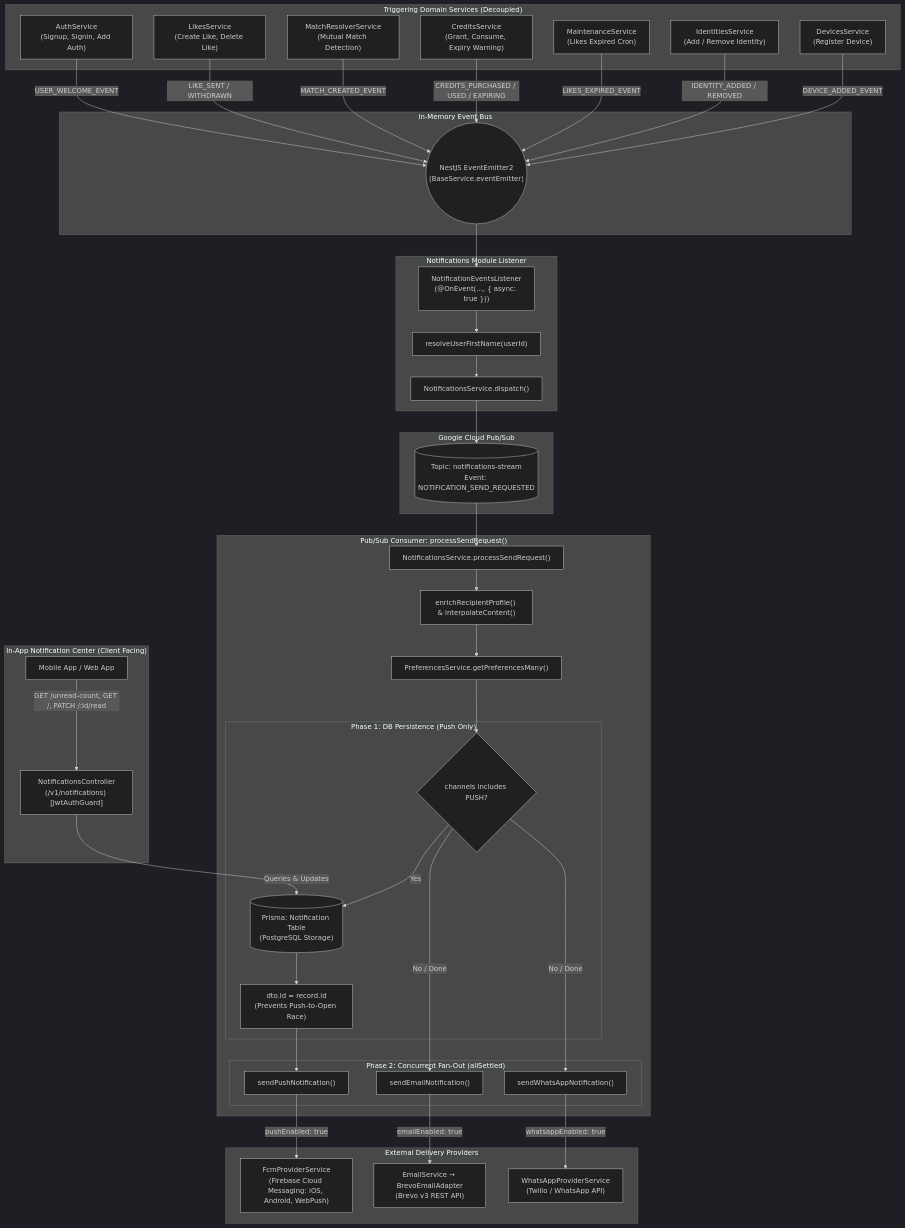
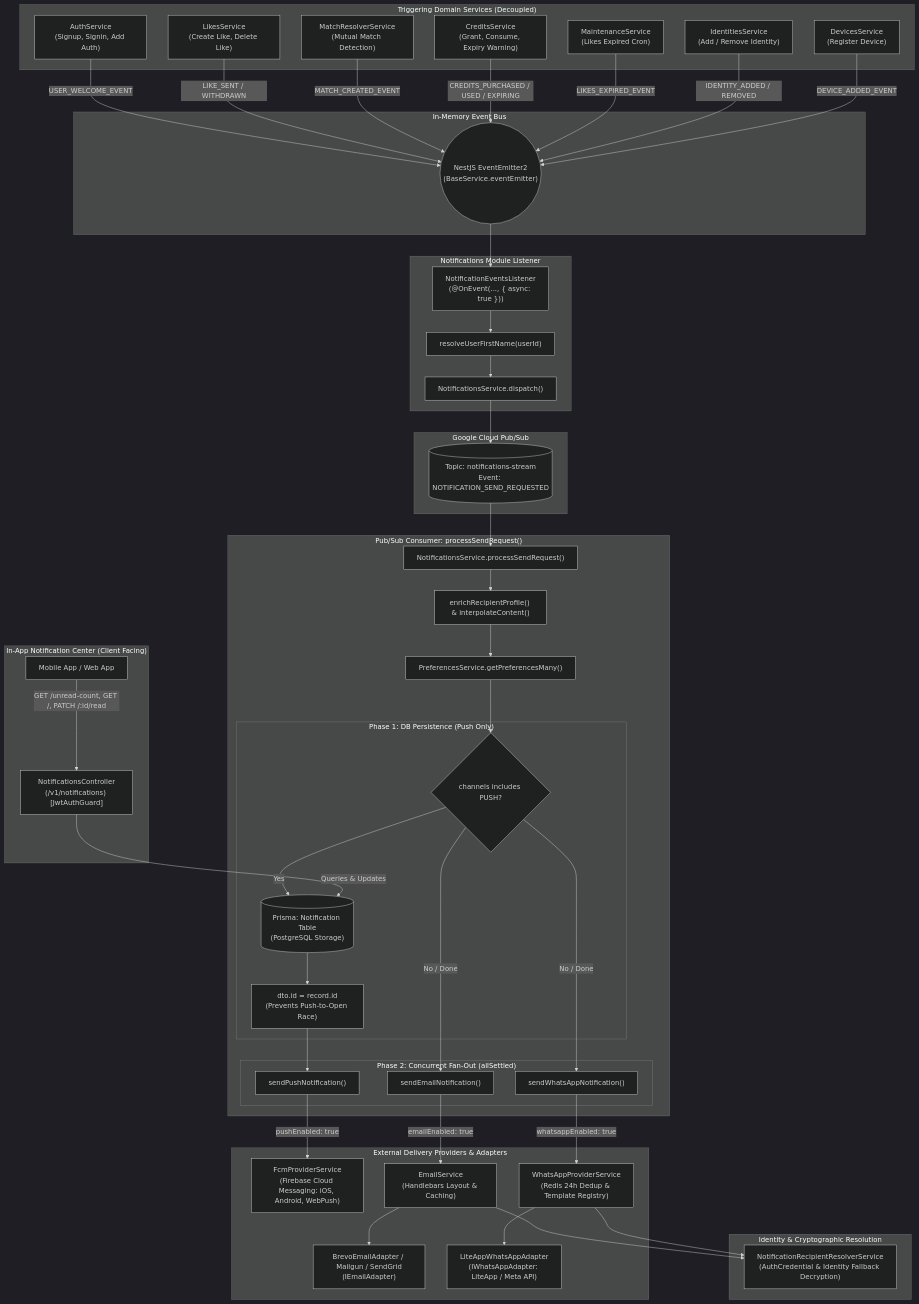
The diagram in docs-site/docs/modules/notifications.md (SaveSoulApp/Breathaway-Backend), drawn with Mermaid (dark theme) before and after one commit. The commit also changed other lines of this file and 28 other files, not shown here.

First line of the commit message:
[Feature] WhatsApp integration (#101)

```diff
--- a/docs-site/docs/modules/notifications.md
+++ b/docs-site/docs/modules/notifications.md
@@ -72,10 +73,16 @@
         end
     end
 
-    subgraph Providers["External Delivery Providers"]
+    subgraph Identity_Layer["Identity & Cryptographic Resolution"]
+        RESOLVER["NotificationRecipientResolverService<br/>(AuthCredential & Identity Fallback Decryption)"]
+    end
+
+    subgraph Providers["External Delivery Providers & Adapters"]
         FCM["FcmProviderService<br/>(Firebase Cloud Messaging: iOS, Android, WebPush)"]
-        BREVO["EmailService → BrevoEmailAdapter<br/>(Brevo v3 REST API)"]
-        WA["WhatsAppProviderService<br/>(Twilio / WhatsApp API)"]
+        EMAIL_SVC["EmailService<br/>(Handlebars Layout & Caching)"]
+        BREVO["BrevoEmailAdapter / Mailgun / SendGrid<br/>(IEmailAdapter)"]
+        WA_SVC["WhatsAppProviderService<br/>(Redis 24h Dedup & Template Registry)"]
+        LITEAPP["LiteAppWhatsAppAdapter<br/>(IWhatsAppAdapter: LiteApp / Meta API)"]
     end
 
     subgraph Client_Inbox["In-App Notification Center (Client Facing)"]
@@ -107,8 +114,13 @@
     PERSIST -->|No / Done| SEND_WA
 
     SEND_PUSH -->|pushEnabled: true| FCM
-    SEND_EMAIL -->|emailEnabled: true| BREVO
-    SEND_WA -->|whatsappEnabled: true| WA
+    SEND_EMAIL -->|emailEnabled: true| EMAIL_SVC
+    EMAIL_SVC --> RESOLVER
+    EMAIL_SVC --> BREVO
+
+    SEND_WA -->|whatsappEnabled: true| WA_SVC
+    WA_SVC --> RESOLVER
+    WA_SVC --> LITEAPP
 
     CLIENT -->|GET /unread-count, GET /, PATCH /:id/read| CTRL
     CTRL -->|Queries & Updates| DB_WRITE
```
